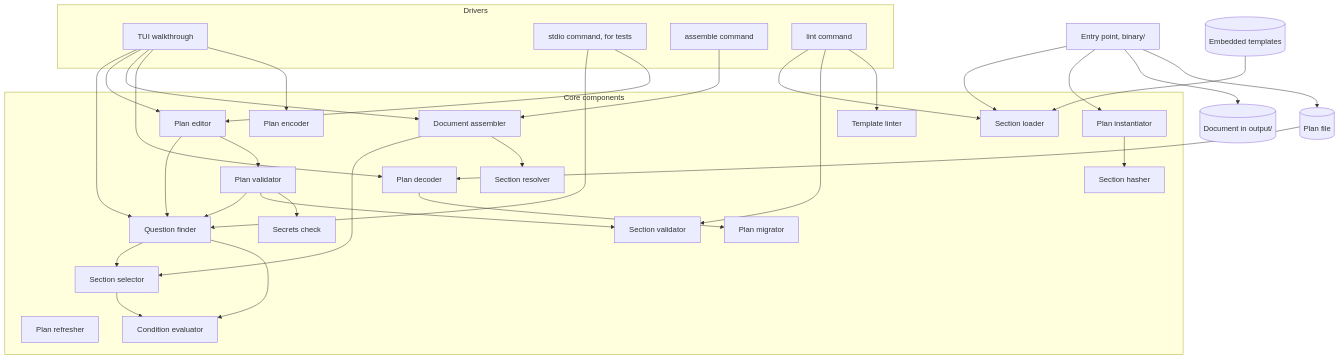
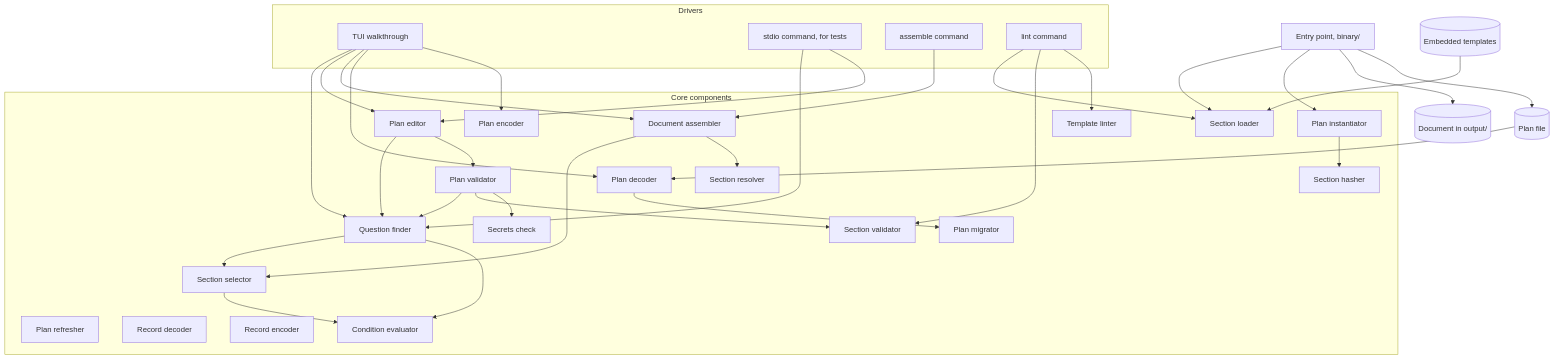
One commit to 8thlight-daveloper/onboard-kit changed the diagram in docs/architecture/components.md. Above: the diagram before and after it, drawn with Mermaid. The commit also changed other lines of this file and 9 other files, not shown here.

Commit message:
Add the onboarding record to the model, the test harness, and the architecture docs

````diff
--- a/docs/architecture/components.md
+++ b/docs/architecture/components.md
@@ -9,68 +9,70 @@
 ```mermaid
 flowchart TB
     subgraph drivers["Drivers"]
         tui["TUI walkthrough"]
         stdio["stdio command, for tests"]
         assemble_command["assemble command"]
         lint_command["lint command"]
     end
 
     entry["Entry point, binary/"]
 
     subgraph core["Core components"]
         finder["Question finder"]
         validator["Plan validator"]
         editor["Plan editor"]
         assembler["Document assembler"]
         instantiator["Plan instantiator"]
         refresher["Plan refresher"]
         migrator["Plan migrator"]
         decoder["Plan decoder"]
         encoder["Plan encoder"]
+        recorddecoder["Record decoder"]
+        recordencoder["Record encoder"]
         loader["Section loader"]
         selector["Section selector"]
         evaluator["Condition evaluator"]
         resolver["Section resolver"]
         hasher["Section hasher"]
         sectionvalidator["Section validator"]
         linter["Template linter"]
         secrets["Secrets check"]
     end
 
     templates[("Embedded templates")]
     planfile[("Plan file")]
     document[("Document in output/")]
 
     tui --> finder
     tui --> editor
     tui --> assembler
     stdio --> finder
     stdio --> editor
     assemble_command --> assembler
     lint_command --> loader
     lint_command --> sectionvalidator
     lint_command --> linter
 
     finder --> selector
     finder --> evaluator
     selector --> evaluator
     validator --> finder
     validator --> sectionvalidator
     validator --> secrets
     editor --> finder
     editor --> validator
     assembler --> selector
     assembler --> resolver
     instantiator --> hasher
 
     entry --> loader
     entry --> instantiator
 
     templates --> loader
     planfile --> decoder
     decoder --> migrator
     tui --> decoder
     tui --> encoder
     entry --> document
     entry --> planfile
 ```
````
